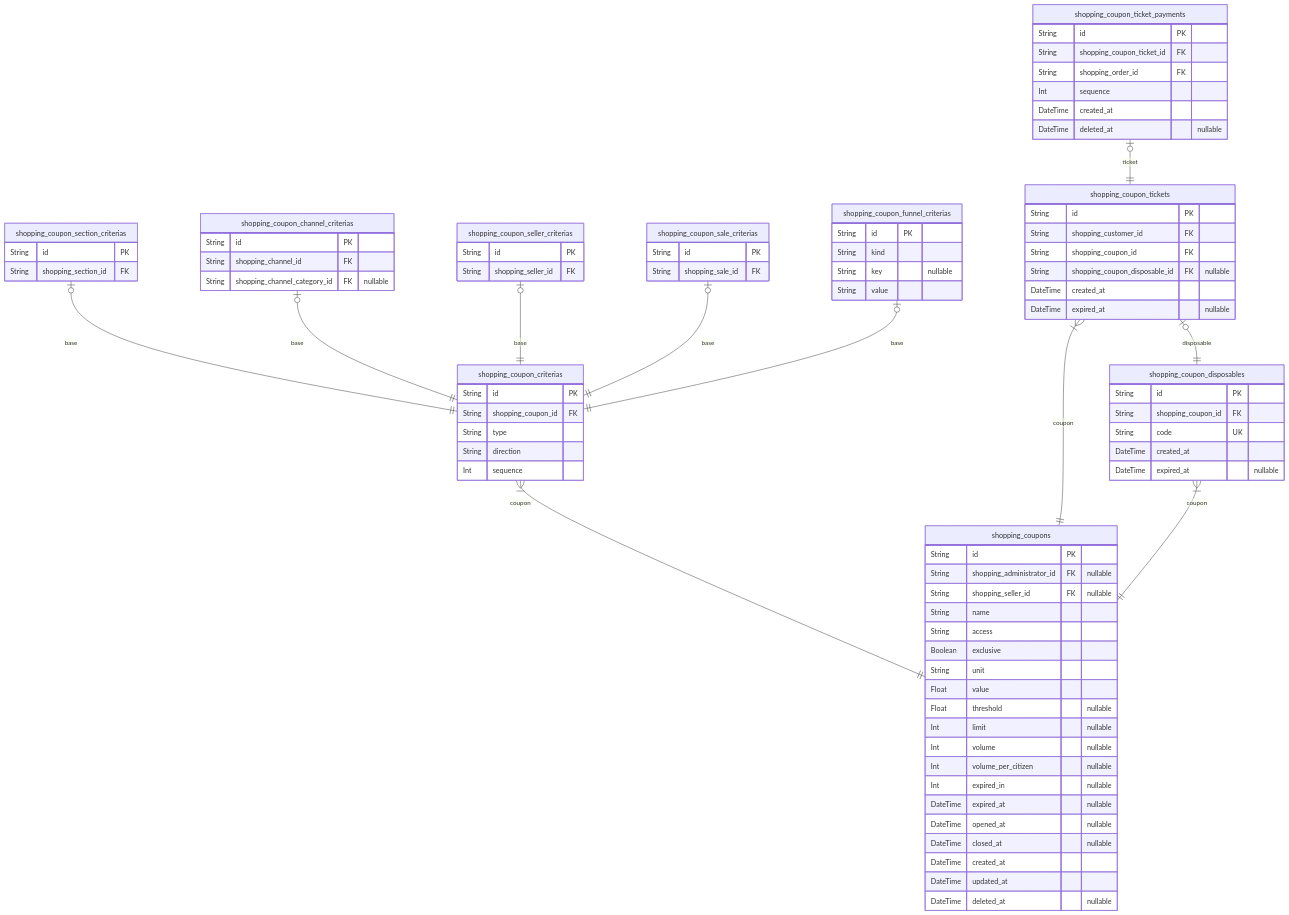
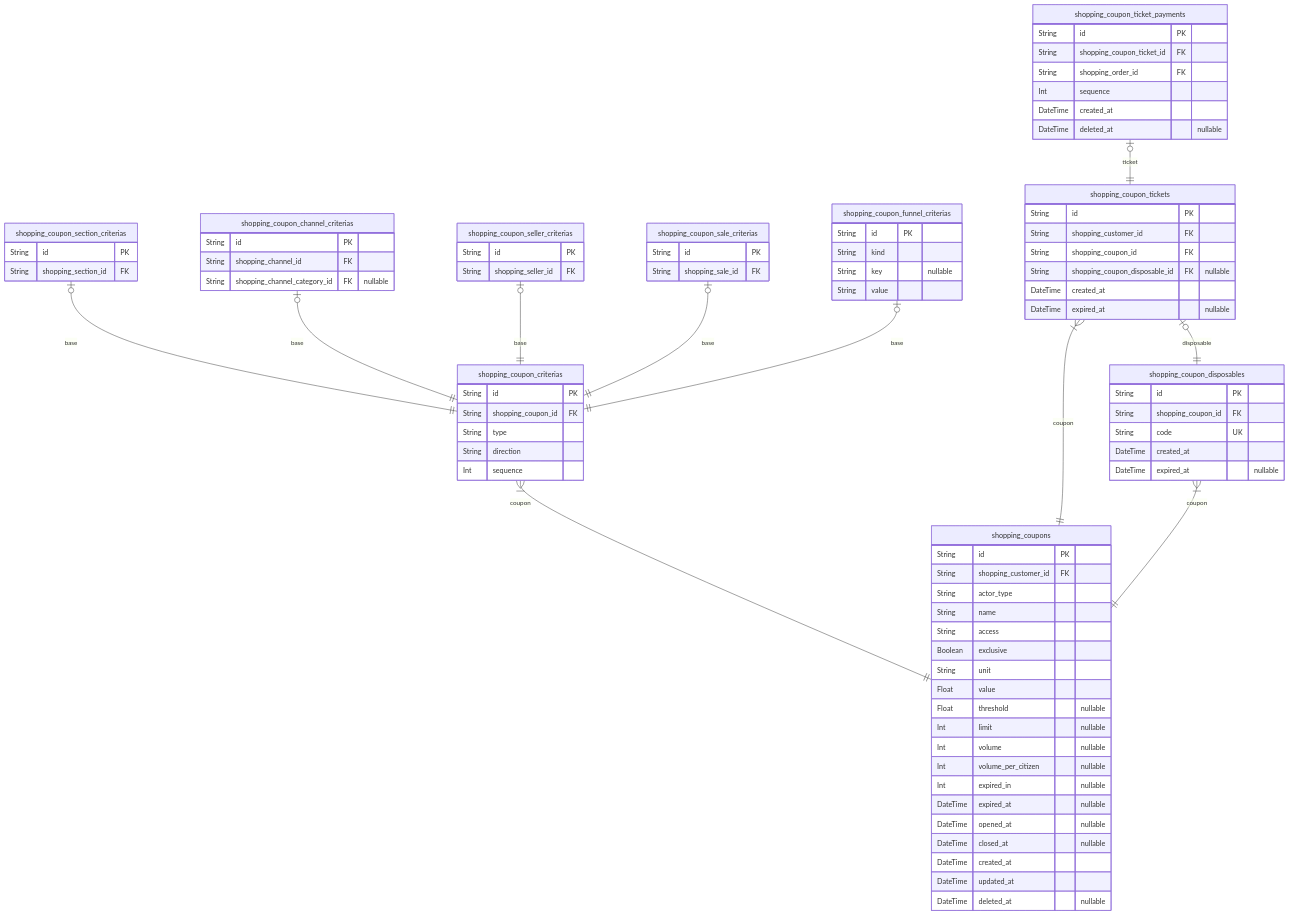
Before and after one commit to samchon/shopping-backend: the eighth of 10 diagrams in docs/ERD.md, drawn with Mermaid. The commit also changed other lines of this file and 27 other files, not shown here.

First line of the commit message:
Revise ERD and starts writing descriptions on DTO.

````diff
--- a/docs/ERD.md
+++ b/docs/ERD.md
@@ -1586,9 +1782,9 @@
 ```mermaid
 erDiagram
-shopping_coupons {
+"shopping_coupons" {
     String id PK
-    String shopping_administrator_id FK "nullable"
-    String shopping_seller_id FK "nullable"
+    String shopping_customer_id FK
+    String actor_type
     String name
     String access
     Boolean exclusive
@@ -1606,37 +1802,37 @@
     DateTime updated_at
     DateTime deleted_at "nullable"
 }
-shopping_coupon_criterias {
+"shopping_coupon_criterias" {
     String id PK
     String shopping_coupon_id FK
     String type
     String direction
     Int sequence
 }
-shopping_coupon_section_criterias {
+"shopping_coupon_section_criterias" {
     String id PK
     String shopping_section_id FK
 }
-shopping_coupon_channel_criterias {
+"shopping_coupon_channel_criterias" {
     String id PK
     String shopping_channel_id FK
     String shopping_channel_category_id FK "nullable"
 }
-shopping_coupon_seller_criterias {
+"shopping_coupon_seller_criterias" {
     String id PK
     String shopping_seller_id FK
 }
-shopping_coupon_sale_criterias {
+"shopping_coupon_sale_criterias" {
     String id PK
     String shopping_sale_id FK
 }
-shopping_coupon_funnel_criterias {
+"shopping_coupon_funnel_criterias" {
     String id PK
     String kind
     String key "nullable"
     String value
 }
-shopping_coupon_tickets {
+"shopping_coupon_tickets" {
     String id PK
     String shopping_customer_id FK
     String shopping_coupon_id FK
@@ -1644,7 +1840,7 @@
     DateTime created_at
     DateTime expired_at "nullable"
 }
-shopping_coupon_ticket_payments {
+"shopping_coupon_ticket_payments" {
     String id PK
     String shopping_coupon_ticket_id FK
     String shopping_order_id FK
@@ -1652,21 +1848,21 @@
     DateTime created_at
     DateTime deleted_at "nullable"
 }
-shopping_coupon_disposables {
+"shopping_coupon_disposables" {
     String id PK
     String shopping_coupon_id FK
     String code UK
     DateTime created_at
     DateTime expired_at "nullable"
 }
-shopping_coupon_criterias }|--|| shopping_coupons : coupon
-shopping_coupon_section_criterias |o--|| shopping_coupon_criterias : base
-shopping_coupon_channel_criterias |o--|| shopping_coupon_criterias : base
-shopping_coupon_seller_criterias |o--|| shopping_coupon_criterias : base
-shopping_coupon_sale_criterias |o--|| shopping_coupon_criterias : base
-shopping_coupon_funnel_criterias |o--|| shopping_coupon_criterias : base
-shopping_coupon_tickets }|--|| shopping_coupons : coupon
-shopping_coupon_tickets |o--|| shopping_coupon_disposables : disposable
-shopping_coupon_ticket_payments |o--|| shopping_coupon_tickets : ticket
-shopping_coupon_disposables }|--|| shopping_coupons : coupon
+"shopping_coupon_criterias" }|--|| "shopping_coupons" : coupon
+"shopping_coupon_section_criterias" |o--|| "shopping_coupon_criterias" : base
+"shopping_coupon_channel_criterias" |o--|| "shopping_coupon_criterias" : base
+"shopping_coupon_seller_criterias" |o--|| "shopping_coupon_criterias" : base
+"shopping_coupon_sale_criterias" |o--|| "shopping_coupon_criterias" : base
+"shopping_coupon_funnel_criterias" |o--|| "shopping_coupon_criterias" : base
+"shopping_coupon_tickets" }|--|| "shopping_coupons" : coupon
+"shopping_coupon_tickets" |o--|| "shopping_coupon_disposables" : disposable
+"shopping_coupon_ticket_payments" |o--|| "shopping_coupon_tickets" : ticket
+"shopping_coupon_disposables" }|--|| "shopping_coupons" : coupon
 ```
````
